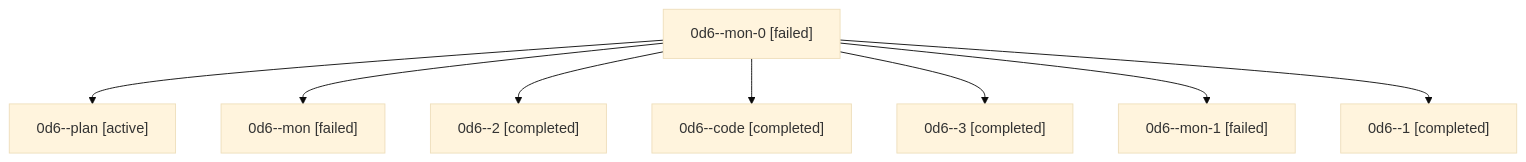
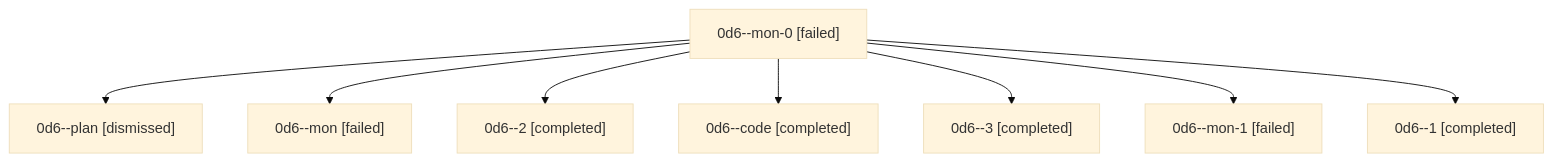
Before and after one commit to sase-org/sase--agents: the diagram in sessions/bbugyi200.athena.0d6.md, drawn with Mermaid (base theme). The commit also changed other lines of this file and 38 other files, not shown here.

````diff
--- a/sessions/bbugyi200.athena.0d6.md
+++ b/sessions/bbugyi200.athena.0d6.md
@@ -9,18 +9,18 @@
 ```mermaid
 flowchart TD
   n0["0d6--mon-0 [failed]"]
-  n1["0d6--plan [active]"]
+  n1["0d6--plan [dismissed]"]
   n0 --> n1
   n2["0d6--mon [failed]"]
   n0 --> n2
   n3["0d6--2 [completed]"]
   n0 --> n3
   n4["0d6--code [completed]"]
   n0 --> n4
   n5["0d6--3 [completed]"]
   n0 --> n5
   n6["0d6--mon-1 [failed]"]
   n0 --> n6
   n7["0d6--1 [completed]"]
   n0 --> n7
 ```
````
